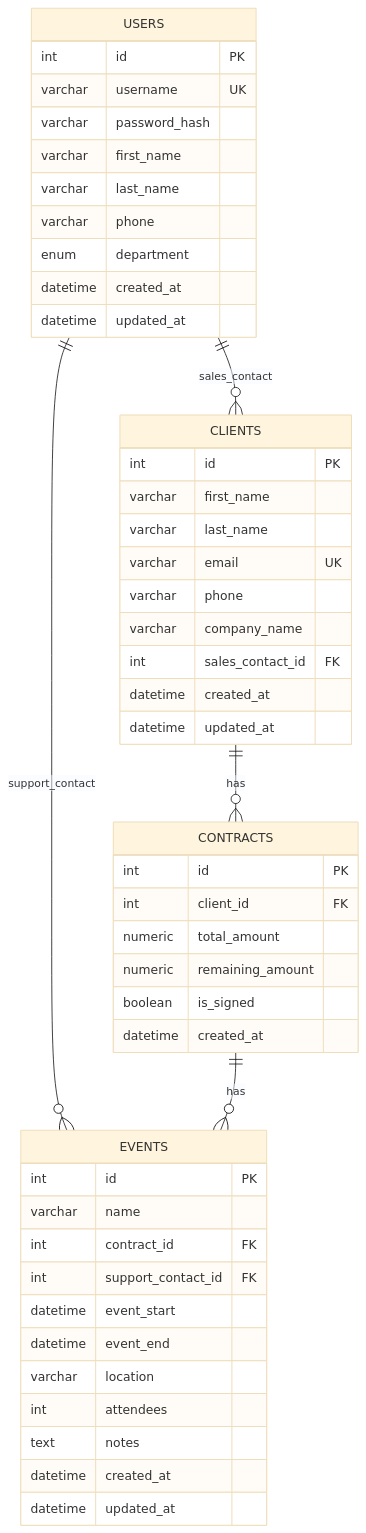
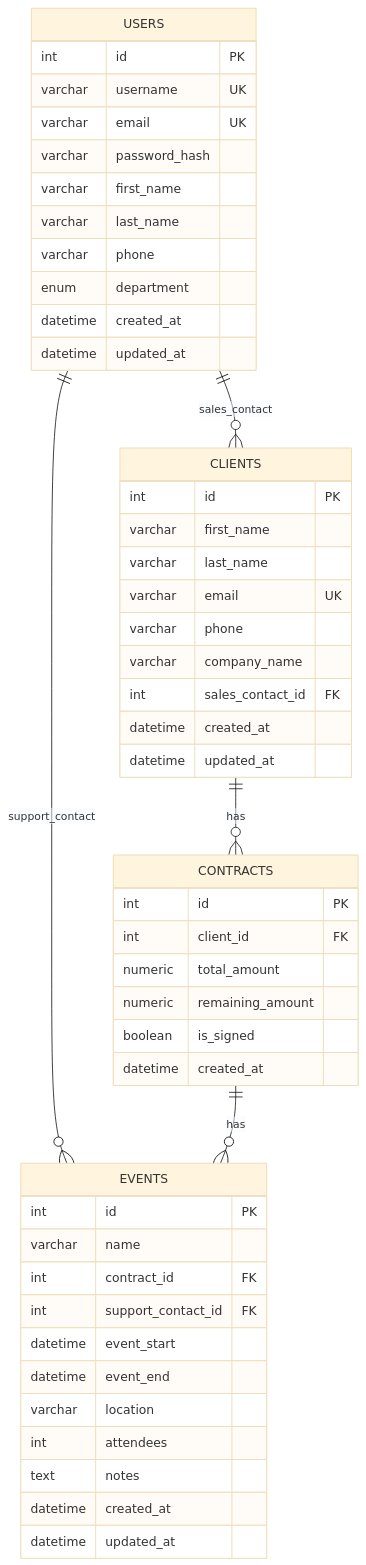
The diagram in doc/database-schema.md (SebGris/project-12-architecture-back-end), drawn with Mermaid (base theme) before and after one commit. The commit also changed other lines of this file, not shown here.

Commit message:
Ajout de la colonne 'email' dans le schéma de base de données des utilisateurs pour garantir l'unicité et améliorer l'authentification.

````diff
--- a/doc/database-schema.md
+++ b/doc/database-schema.md
@@ -366,54 +368,55 @@
 ```mermaid
 erDiagram
     USERS ||--o{ CLIENTS : "sales_contact"
     USERS ||--o{ EVENTS : "support_contact"
     CLIENTS ||--o{ CONTRACTS : "has"
     CONTRACTS ||--o{ EVENTS : "has"
 
     USERS {
         int id PK
         varchar username UK
+        varchar email UK
         varchar password_hash
         varchar first_name
         varchar last_name
         varchar phone
         enum department
         datetime created_at
         datetime updated_at
     }
 
     CLIENTS {
         int id PK
         varchar first_name
         varchar last_name
         varchar email UK
         varchar phone
         varchar company_name
         int sales_contact_id FK
         datetime created_at
         datetime updated_at
     }
 
     CONTRACTS {
         int id PK
         int client_id FK
         numeric total_amount
         numeric remaining_amount
         boolean is_signed
         datetime created_at
     }
 
     EVENTS {
         int id PK
         varchar name
         int contract_id FK
         int support_contact_id FK
         datetime event_start
         datetime event_end
         varchar location
         int attendees
         text notes
         datetime created_at
         datetime updated_at
     }
 ```
````
